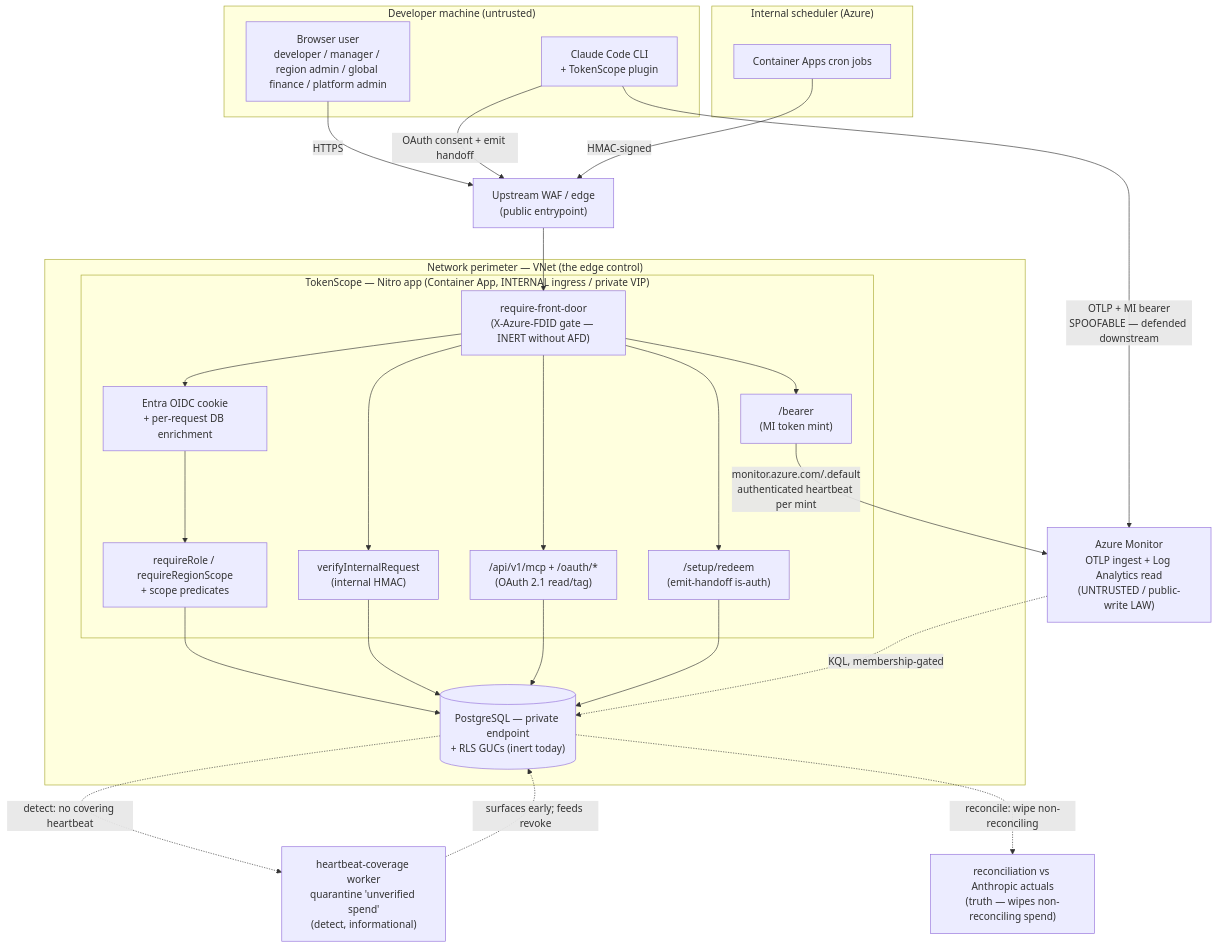
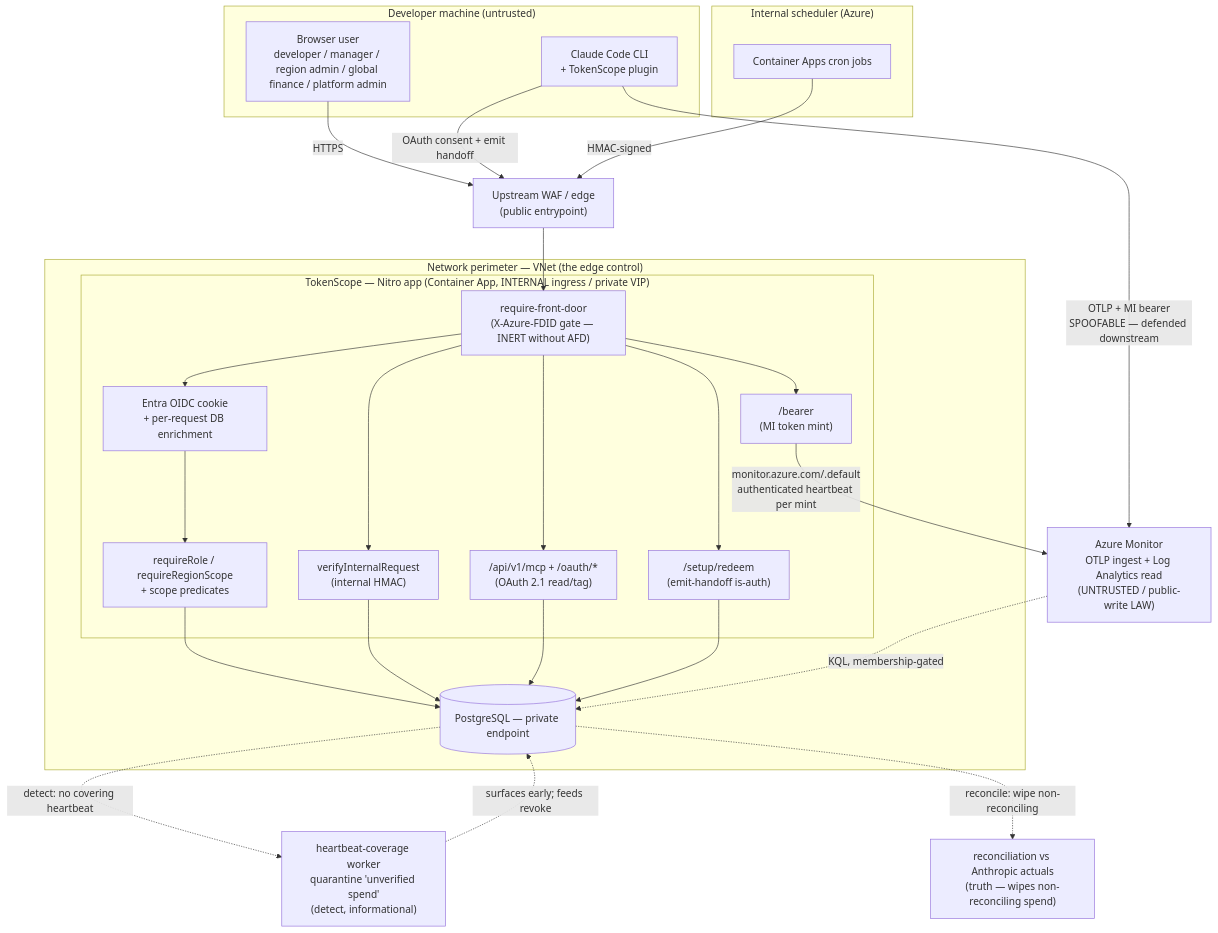
The diagram in docs/wiki/Security-Overview.md (Insight-Services-APAC/tokenscope-public), drawn with Mermaid before and after one commit. The commit also changed other lines of this file and 29 other files, not shown here.

````diff
--- a/docs/wiki/Security-Overview.md
+++ b/docs/wiki/Security-Overview.md
@@ -50,44 +50,44 @@
 ```mermaid
 flowchart TB
     subgraph DevZone["Developer machine (untrusted)"]
         BR["Browser user<br/>developer / manager / region admin / global finance / platform admin"]
         CC["Claude Code CLI<br/>+ TokenScope plugin"]
     end
     subgraph InternalZone["Internal scheduler (Azure)"]
         CRON["Container Apps cron jobs"]
     end
 
     WAF["Upstream WAF / edge<br/>(public entrypoint)"]
 
     subgraph Perimeter["Network perimeter — VNet (the edge control)"]
     subgraph AppZone["TokenScope — Nitro app (Container App, INTERNAL ingress / private VIP)"]
         FD["require-front-door<br/>(X-Azure-FDID gate — INERT without AFD)"]
         OIDC["Entra OIDC cookie<br/>+ per-request DB enrichment"]
         RBAC["requireRole / requireRegionScope<br/>+ scope predicates"]
         HMACI["verifyInternalRequest<br/>(internal HMAC)"]
         OAUTH["/api/v1/mcp + /oauth/*<br/>(OAuth 2.1 read/tag)"]
         SETUP["/setup/redeem<br/>(emit-handoff is-auth)"]
         BEARER["/bearer<br/>(MI token mint)"]
     end
-    PG[("PostgreSQL — private endpoint<br/>+ RLS GUCs (inert today)")]
+    PG[("PostgreSQL — private endpoint")]
     end
 
     AZ["Azure Monitor<br/>OTLP ingest + Log Analytics read<br/>(UNTRUSTED / public-write LAW)"]
     HB["heartbeat-coverage worker<br/>quarantine 'unverified spend'<br/>(detect, informational)"]
     REC["reconciliation vs Anthropic actuals<br/>(truth — wipes non-reconciling spend)"]
 
     BR -->|HTTPS| WAF
     CC -->|OAuth consent + emit handoff| WAF
     CRON -->|HMAC-signed| WAF
     WAF --> FD
     FD --> OIDC --> RBAC --> PG
     FD --> HMACI --> PG
     FD --> OAUTH --> PG
     FD --> SETUP --> PG
     FD --> BEARER -->|monitor.azure.com/.default<br/>authenticated heartbeat per mint| AZ
     CC -->|OTLP + MI bearer<br/>SPOOFABLE — defended downstream| AZ
     AZ -.->|KQL, membership-gated| PG
     PG -.->|detect: no covering heartbeat| HB
     HB -.->|surfaces early; feeds revoke| PG
     PG -.->|reconcile: wipe non-reconciling| REC
 ```
````
